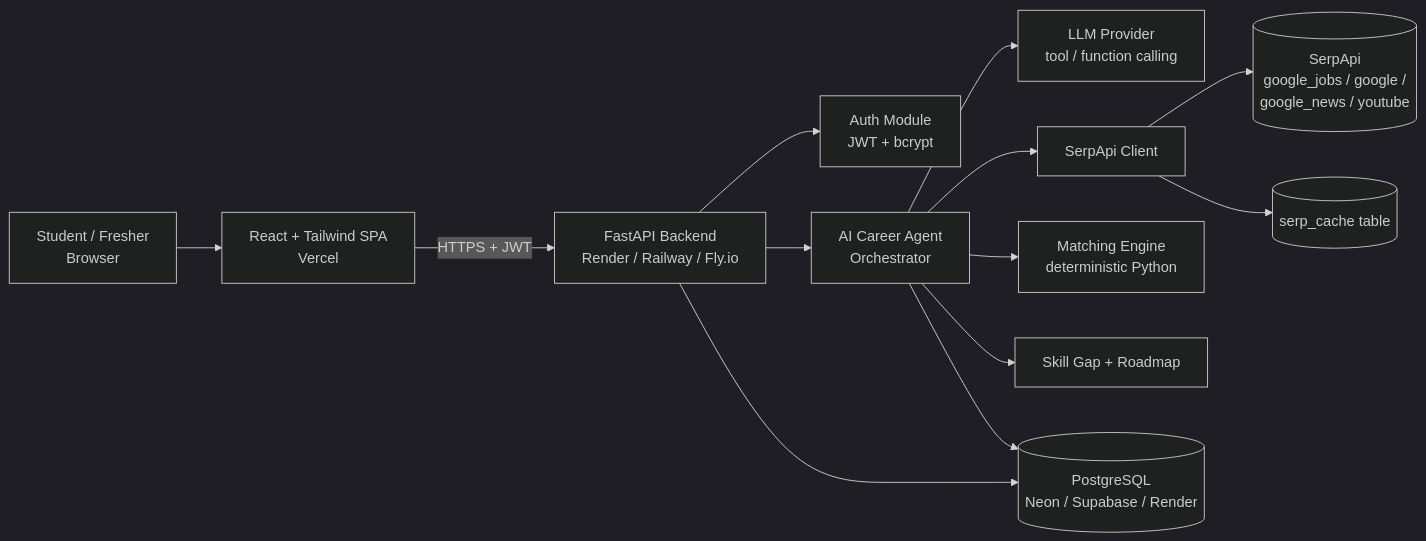
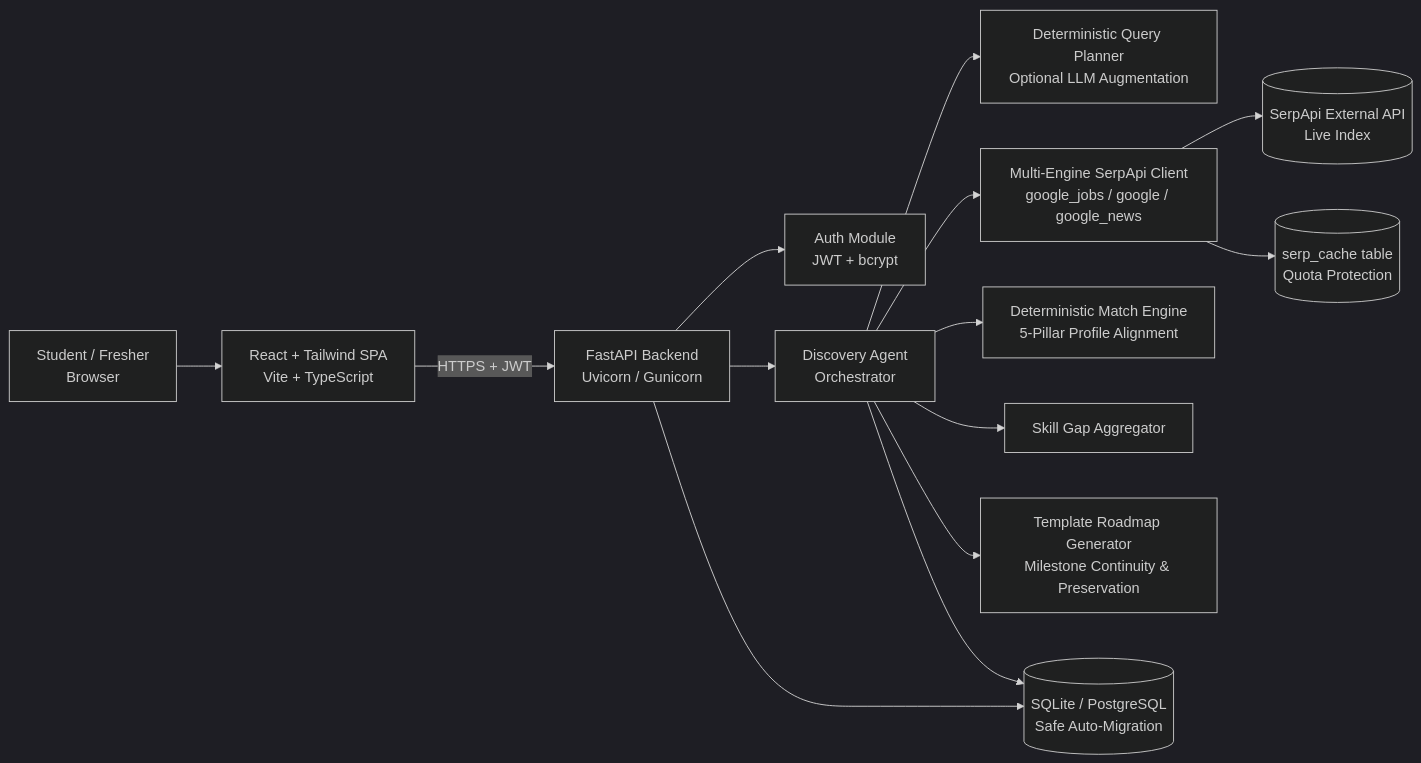
One commit to neevbaldha2007/OpportunityOS changed the first of 2 diagrams in README.md. Above: the diagram before and after it, drawn with Mermaid (dark theme). The commit also changed other lines of this file and 96 other files, not shown here.

Commit message:
Prepare latest OpportunityOS app for Vercel and Render hosting

````diff
--- a/README.md
+++ b/README.md
@@ -84,15 +84,16 @@
 ```mermaid
 flowchart LR
-  U[Student / Fresher<br/>Browser] --> FE[React + Tailwind SPA<br/>Vercel]
-  FE -- HTTPS + JWT --> API[FastAPI Backend<br/>Render / Railway / Fly.io]
+  U[Student / Fresher<br/>Browser] --> FE[React + Tailwind SPA<br/>Vite + TypeScript]
+  FE -- HTTPS + JWT --> API[FastAPI Backend<br/>Uvicorn / Gunicorn]
   API --> AUTH[Auth Module<br/>JWT + bcrypt]
-  API --> AG[AI Career Agent<br/>Orchestrator]
-  AG --> LLM[LLM Provider<br/>tool / function calling]
-  AG --> SERP[SerpApi Client]
-  SERP --> SA[(SerpApi<br/>google_jobs / google /<br/>google_news / youtube)]
-  AG --> MATCH[Matching Engine<br/>deterministic Python]
-  AG --> GAP[Skill Gap + Roadmap]
-  API --> DB[(PostgreSQL<br/>Neon / Supabase / Render)]
+  API --> AG[Discovery Agent<br/>Orchestrator]
+  AG --> QP[Deterministic Query Planner<br/>Optional LLM Augmentation]
+  AG --> SERP[Multi-Engine SerpApi Client<br/>google_jobs / google / google_news]
+  SERP --> SA[(SerpApi External API<br/>Live Index)]
+  AG --> MATCH[Deterministic Match Engine<br/>5-Pillar Profile Alignment]
+  AG --> GAP[Skill Gap Aggregator]
+  AG --> RM[Template Roadmap Generator<br/>Milestone Continuity & Preservation]
+  API --> DB[(SQLite / PostgreSQL<br/>Safe Auto-Migration)]
   AG --> DB
-  SERP --> CACHE[(serp_cache table)]
+  SERP --> CACHE[(serp_cache table<br/>Quota Protection)]
 ```
````
